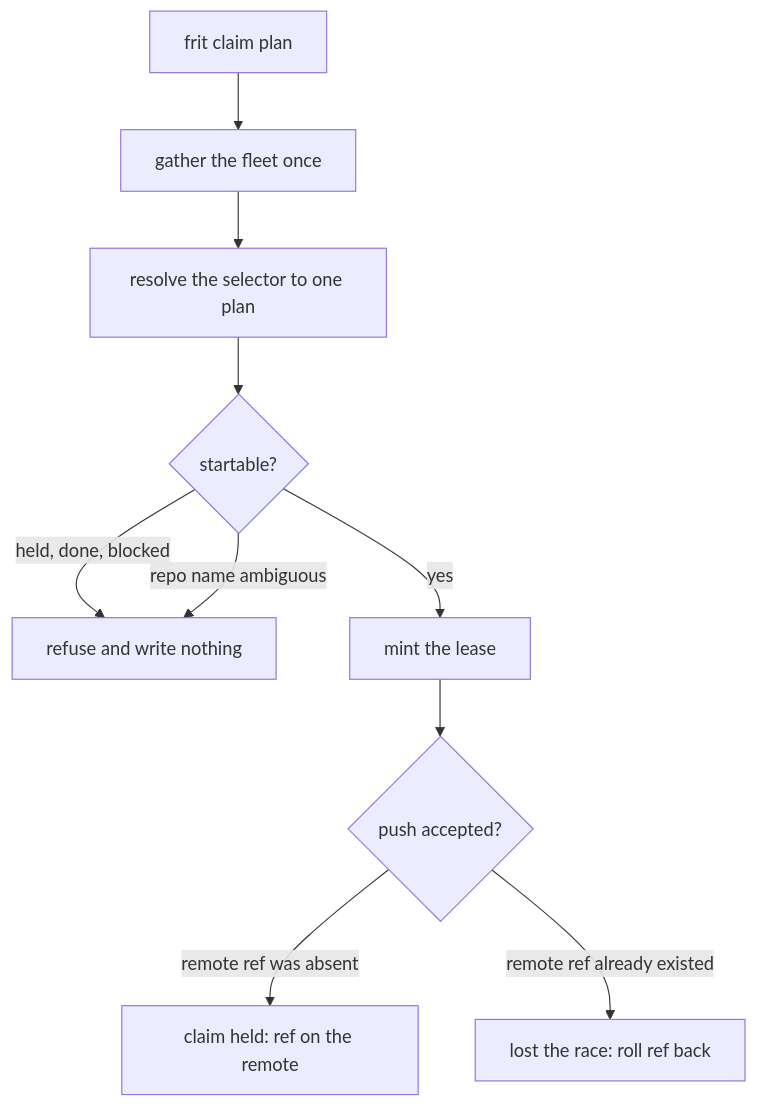
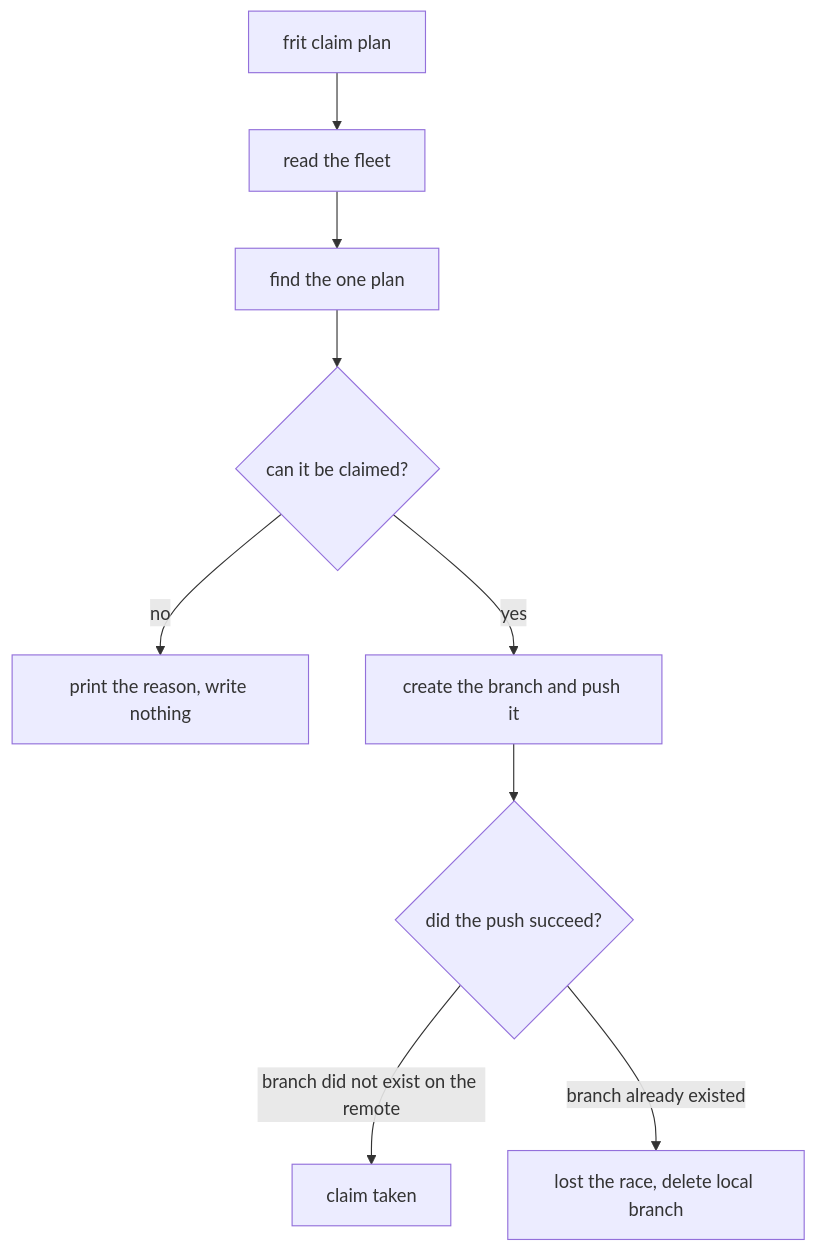
Before and after one commit to jeduden/frit: the first of 2 diagrams in docs/claiming.md, drawn with Mermaid. The commit also changed other lines of this file and 1 other file, not shown here.

````diff
--- a/docs/claiming.md
+++ b/docs/claiming.md
@@ -76,12 +69,11 @@
 ```mermaid
 flowchart TD
-    A[frit claim plan] --> B[gather the fleet once]
-    B --> C[resolve the selector to one plan]
-    C --> D{startable?}
-    D -->|held, done, blocked| E[refuse and write nothing]
-    D -->|repo name ambiguous| E
-    D -->|yes| F[mint the lease]
-    F --> G{push accepted?}
-    G -->|remote ref was absent| H[claim held: ref on the remote]
-    G -->|remote ref already existed| I[lost the race: roll ref back]
+    A[frit claim plan] --> B[read the fleet]
+    B --> C[find the one plan]
+    C --> D{can it be claimed?}
+    D -->|no| E[print the reason, write nothing]
+    D -->|yes| F[create the branch and push it]
+    F --> G{did the push succeed?}
+    G -->|branch did not exist on the remote| H[claim taken]
+    G -->|branch already existed| I[lost the race, delete local branch]
 ```
````
